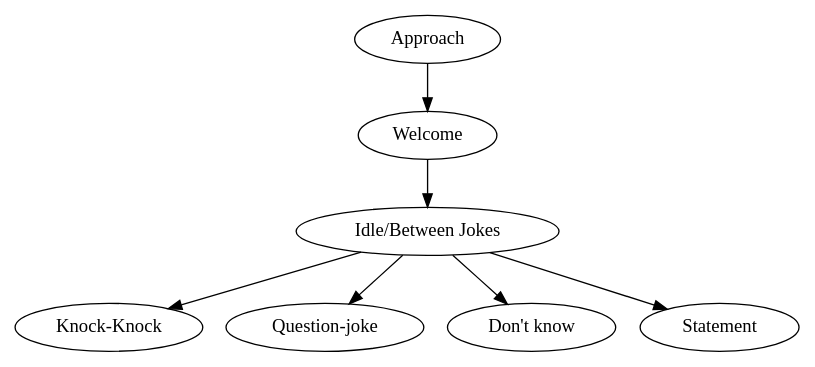
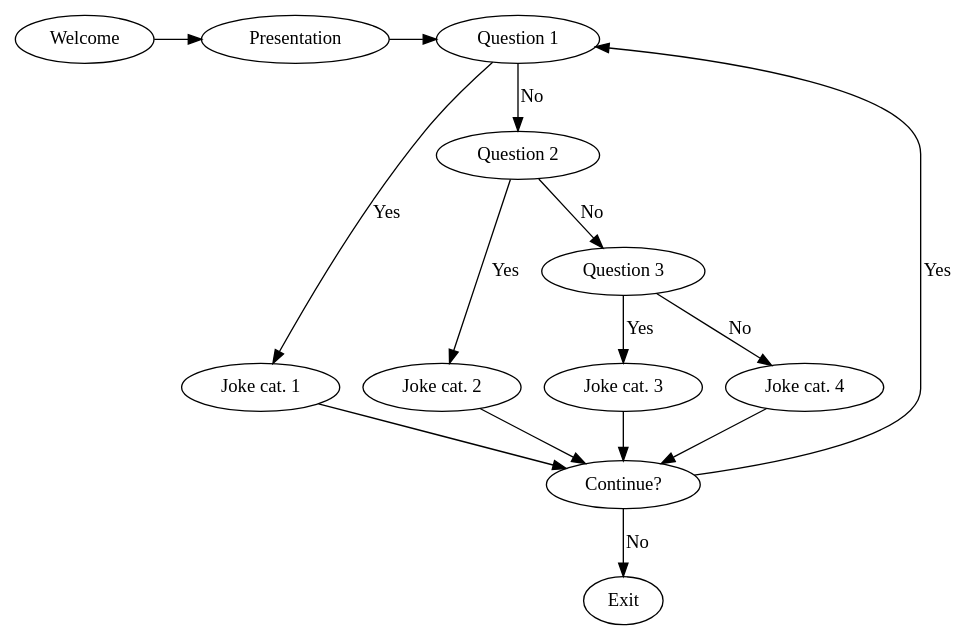
Before and after one commit to Xaldew/wasp-as2p2: the diagram in m2a3/beamer/graphics/entry-graph.dot, drawn with Graphviz. The commit also changed 1 other file, not shown here.

Commit message:
M2A3: Updated beamer and graphs.

```diff
--- a/m2a3/beamer/graphics/entry-graph.dot
+++ b/m2a3/beamer/graphics/entry-graph.dot
@@ -1,28 +1,33 @@
 digraph {
         1 -> 2;
         2 -> 3;
+        3 -> 6 [label="Yes"];
+        3 -> 4 [label="No"];
+        4 -> 7 [label="Yes"];
+        4 -> 5 [label="No"];
+        5 -> 8 [label="Yes"];
+        5 -> 9 [label="No"];
 
-        // Knock-knock.
-        3 -> 4;
+        6 -> 10;
+        7 -> 10;
+        8 -> 10;
+        9 -> 10;
+        10 -> 3 [label="Yes"];
+        10 -> 11 [label="No"];
 
-        // Question-style joke.
-        3 -> 5;
+        1 [rank=1, label="Welcome"];
+        2 [rank=2, label="Presentation"];
+        3 [label="Question 1"];
+        4 [label="Question 2"];
+        5 [label="Question 3"];
 
-        // I don't know any jokes about that, but have you heard of...
-        3 -> 6;
+        6 [label="Joke cat. 1"];
+        7 [label="Joke cat. 2"];
+        8 [label="Joke cat. 3"];
+        9 [label="Joke cat. 4"];
+        10 [label="Continue?"];
+        11 [label="Exit"];
 
-        // Direct statement punchlines.
-        3 -> 7;
-
-        1 [label="Approach"];
-        2 [label="Welcome"];
-        3 [label="Idle/Between Jokes"];
-
-        4 [label="Knock-Knock"];
-
-        5 [label="Question-joke"];
-
-        6 [label="Don't know"];
-
-        7 [label="Statement"];
+        {rank=same; 6; 7; 8; 9;}
+        {rank=same; 1; 2; 3;}
 }
```
